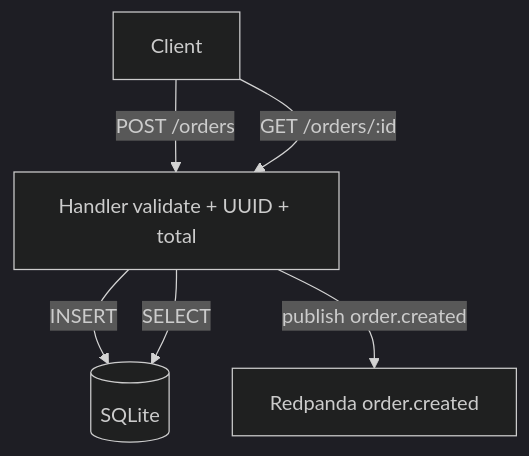
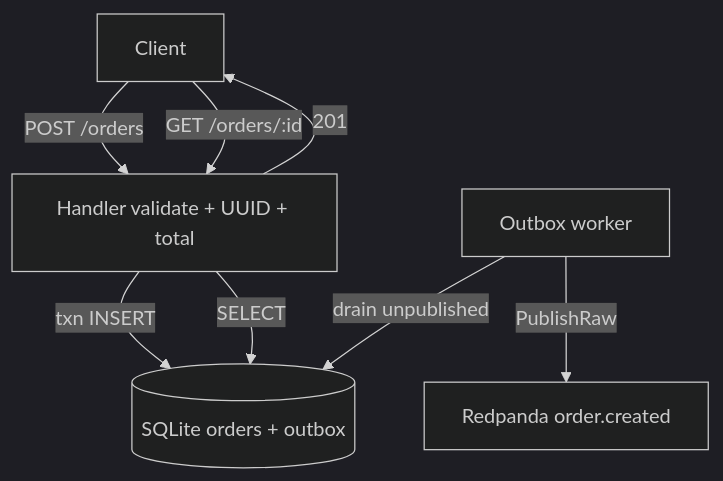
The diagram in docs/DAY-2.md (dragosN/InvetorySystem), drawn with Mermaid (dark theme) before and after one commit. The commit also changed other lines of this file and 20 other files, not shown here.

First line of the commit message:
Implement transactional outbox in orders-service for improved performance

````diff
--- a/docs/DAY-2.md
+++ b/docs/DAY-2.md
@@ -27,13 +27,16 @@
 ```mermaid
 flowchart TD
   Client[Client]
   Handler[Handler validate + UUID + total]
-  SQLite[(SQLite)]
+  SQLite[(SQLite orders + outbox)]
+  Worker[Outbox worker]
   Kafka[Redpanda order.created]
 
   Client -->|"POST /orders"| Handler
-  Handler -->|INSERT| SQLite
-  Handler -->|"publish order.created"| Kafka
+  Handler -->|"txn INSERT"| SQLite
+  Handler -->|"201"| Client
+  Worker -->|drain unpublished| SQLite
+  Worker -->|PublishRaw| Kafka
   Client -->|"GET /orders/:id"| Handler
   Handler -->|SELECT| SQLite
 ```
````
